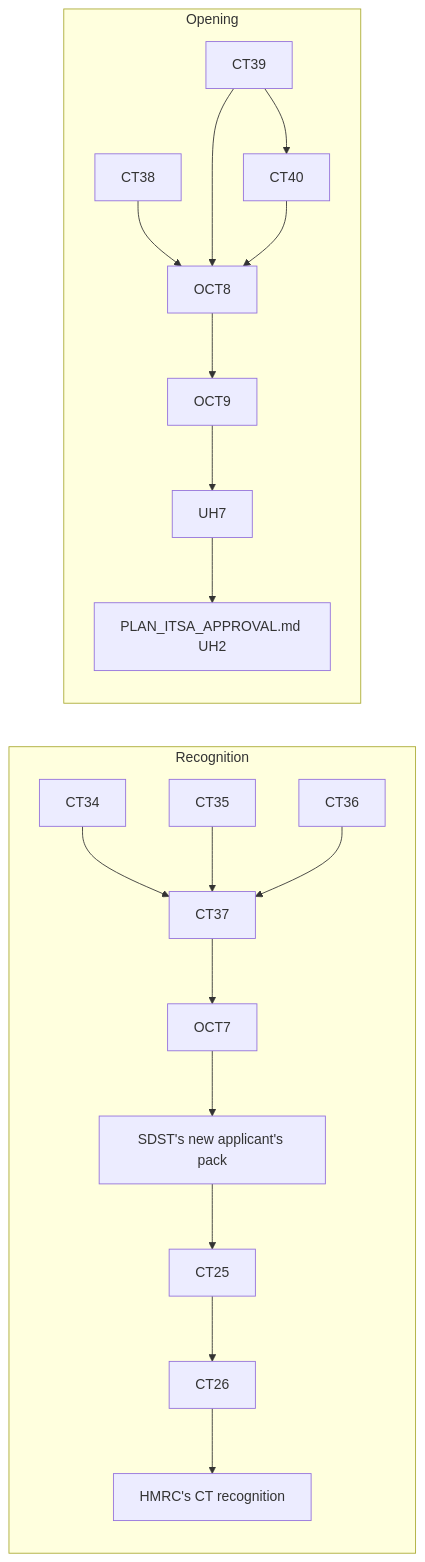
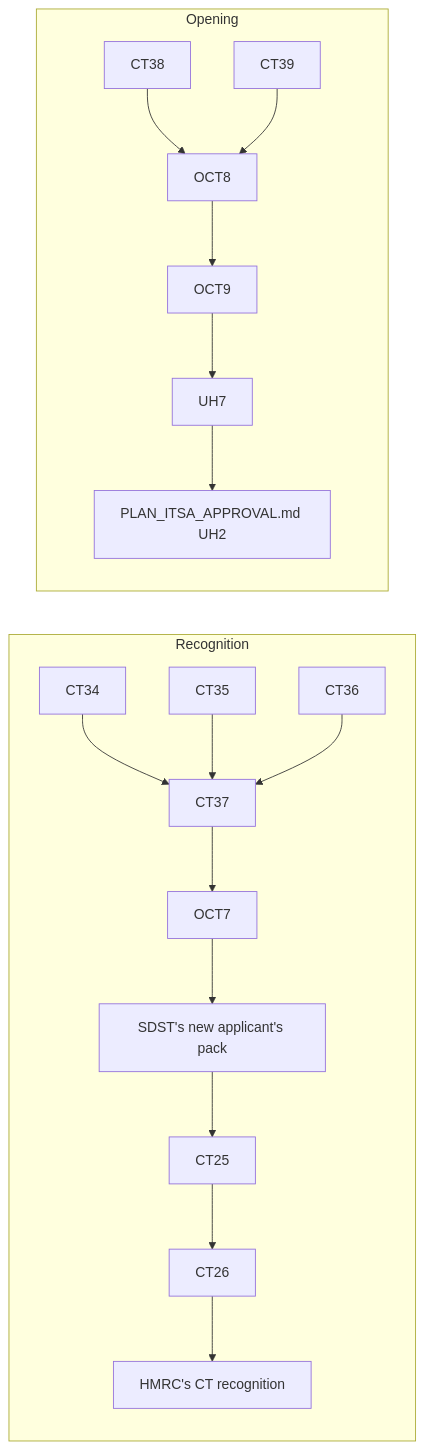
Before and after one commit to diy-accounting-uk/submit.diyaccounting.co.uk: the diagram in PLAN_HMRC_CT_APPROVAL.md, drawn with Mermaid. The commit also changed other lines of this file and 1 other file, not shown here.

First line of the commit message:
Board: CT40 is dropped, and CT44 with it; OCT8 is ready

````diff
--- a/PLAN_HMRC_CT_APPROVAL.md
+++ b/PLAN_HMRC_CT_APPROVAL.md
@@ -148,22 +145,20 @@
 ```mermaid
 flowchart LR
     subgraph Recognition
     CT34 --> CT37
     CT35 --> CT37
     CT36 --> CT37
     CT37 --> OCT7
     OCT7 --> SDST["SDST's new applicant's pack"]
     SDST --> CT25
     CT25 --> CT26
     CT26 --> REC["HMRC's CT recognition"]
     end
     subgraph Opening
     CT38 --> OCT8
-    CT39 --> CT40
     CT39 --> OCT8
-    CT40 --> OCT8
     OCT8 --> OCT9
     OCT9 --> UH7
     UH7 --> UH2["PLAN_ITSA_APPROVAL.md UH2"]
     end
 ```
````
